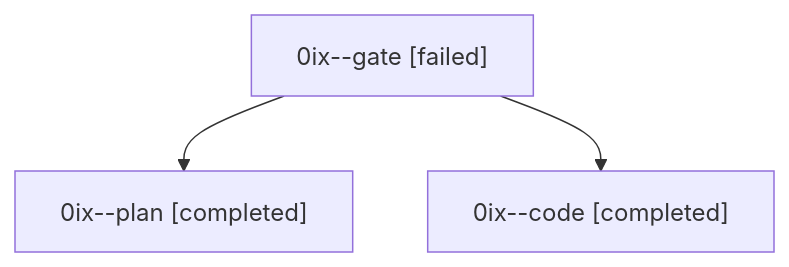
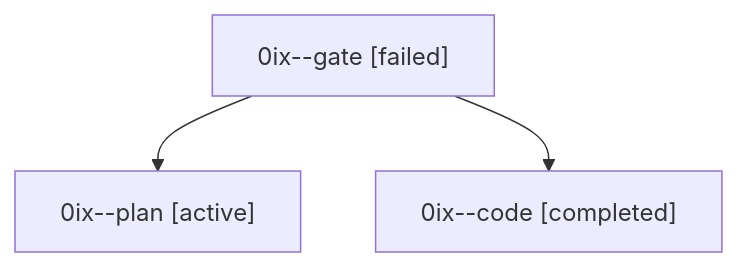
One commit to sase-org/sase--agents changed the diagram in families/bbugyi200.athena.0ix.md. Above: the diagram before and after it, drawn with Mermaid. The commit also changed other lines of this file and 35830 other files, not shown here.

````diff
--- a/families/bbugyi200.athena.0ix.md
+++ b/families/bbugyi200.athena.0ix.md
@@ -9,8 +9,8 @@
 ```mermaid
 flowchart TD
   n0["0ix--gate [failed]"]
-  n1["0ix--plan [completed]"]
+  n1["0ix--plan [active]"]
   n0 --> n1
   n2["0ix--code [completed]"]
   n0 --> n2
 ```
````
